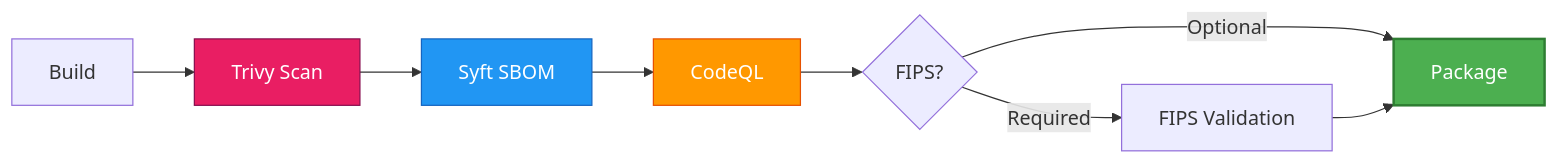
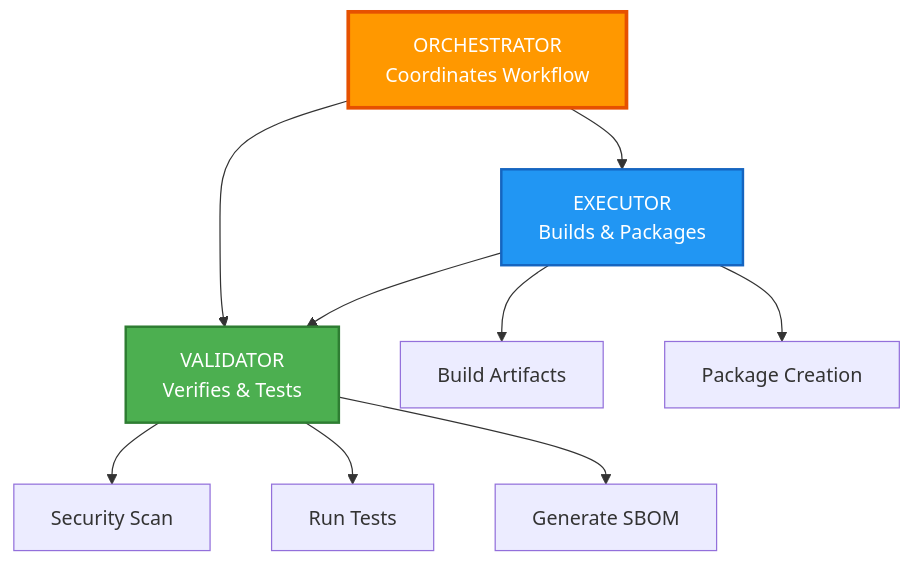
The second of 11 diagrams in README.md (sparesparrow/sparetools), drawn with Mermaid before and after one commit. The commit also changed other lines of this file, not shown here.

Commit message:
Update README with domain-specific diagrams and reduce OpenSSL focus

````diff
--- a/README.md
+++ b/README.md
@@ -186,15 +181,20 @@
 ```mermaid
-graph LR
-    A[Build] --> B[Trivy Scan]
-    B --> C[Syft SBOM]
-    C --> D[CodeQL]
-    D --> E{FIPS?}
-    E -->|Required| F[FIPS Validation]
-    E -->|Optional| G[Package]
-    F --> G
-
-    style B fill:#E91E63,stroke:#880E4F,color:#fff
-    style C fill:#2196F3,stroke:#1565C0,color:#fff
-    style D fill:#FF9800,stroke:#E65100,color:#fff
-    style G fill:#4CAF50,stroke:#2E7D32,color:#fff,stroke-width:2px
+graph TD
+    ORCHESTRATOR[ORCHESTRATOR<br/>Coordinates Workflow]
+    EXECUTOR[EXECUTOR<br/>Builds & Packages]
+    VALIDATOR[VALIDATOR<br/>Verifies & Tests]
+    
+    ORCHESTRATOR --> EXECUTOR
+    ORCHESTRATOR --> VALIDATOR
+    EXECUTOR --> VALIDATOR
+    
+    EXECUTOR --> BUILD[Build Artifacts]
+    EXECUTOR --> PACKAGE[Package Creation]
+    VALIDATOR --> SECURITY[Security Scan]
+    VALIDATOR --> TESTS[Run Tests]
+    VALIDATOR --> SBOM[Generate SBOM]
+    
+    style ORCHESTRATOR fill:#FF9800,stroke:#E65100,color:#fff,stroke-width:3px
+    style EXECUTOR fill:#2196F3,stroke:#1565C0,color:#fff,stroke-width:2px
+    style VALIDATOR fill:#4CAF50,stroke:#2E7D32,color:#fff,stroke-width:2px
 ```
````
